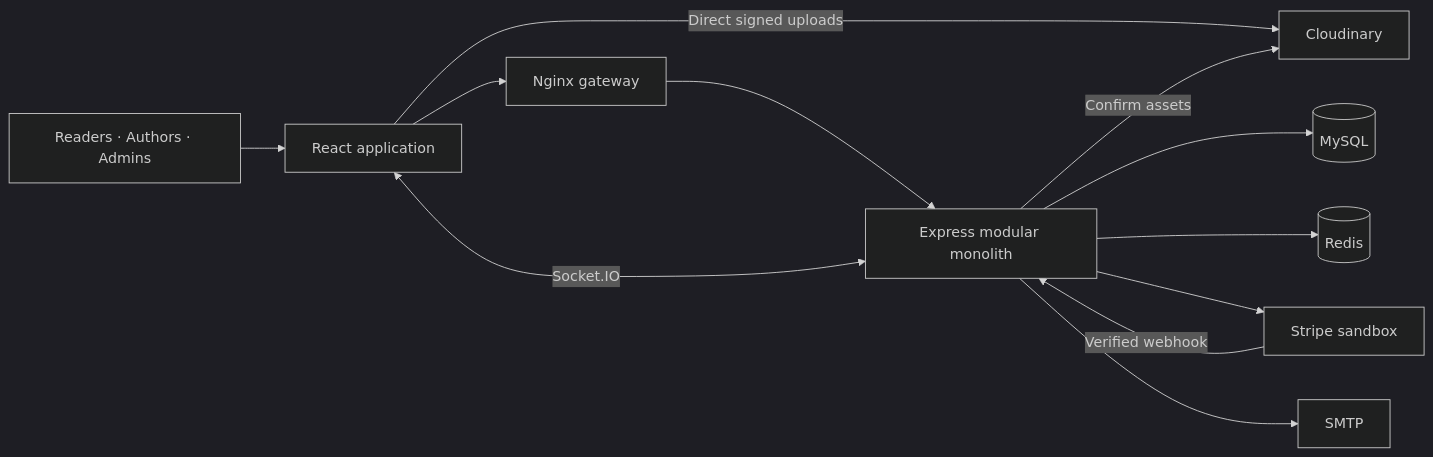
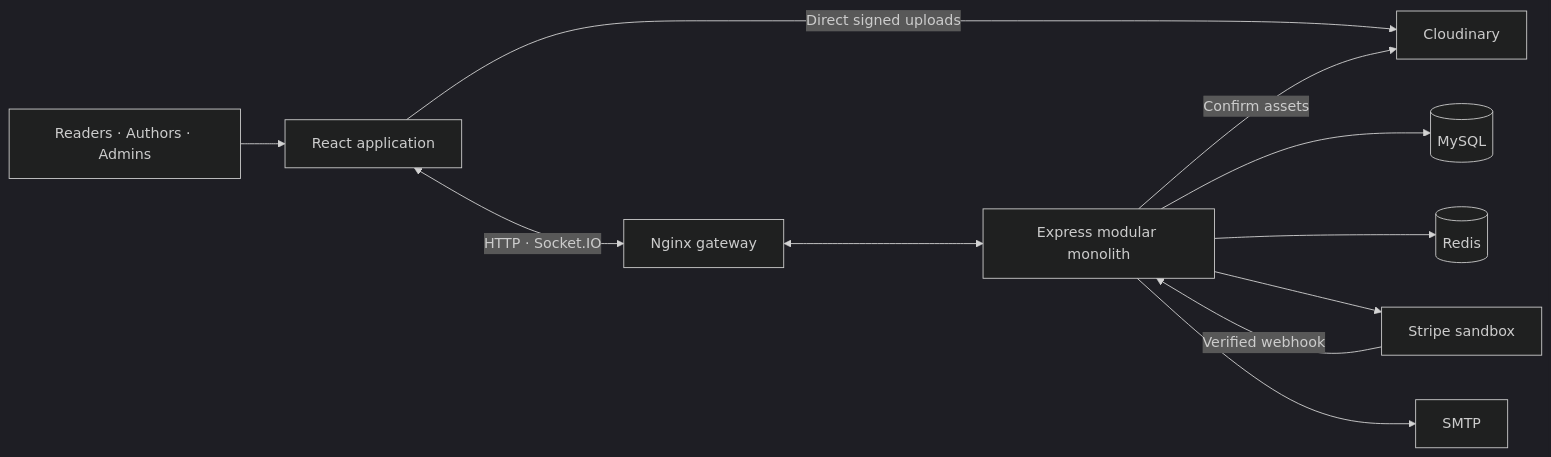
The diagram in README.md (Adan0108/Book-Reading-Project), drawn with Mermaid (dark theme) before and after one commit. The commit also changed other lines of this file and 5 other files, not shown here.

````diff
--- a/README.md
+++ b/README.md
@@ -28,14 +28,13 @@
 ```mermaid
 flowchart LR
     Users[Readers · Authors · Admins] --> Web[React application]
-    Web --> Gateway[Nginx gateway]
-    Gateway --> API[Express modular monolith]
-    Web <-->|Socket.IO| API
+    Web <-->|HTTP · Socket.IO| Gateway[Nginx gateway]
+    Gateway <--> API[Express modular monolith]
     Web -->|Direct signed uploads| Images[Cloudinary]
     API -->|Confirm assets| Images
     API --> DB[(MySQL)]
     API --> Cache[(Redis)]
     API --> Billing[Stripe sandbox]
     Billing -->|Verified webhook| API
     API --> Mail[SMTP]
 ```
````
